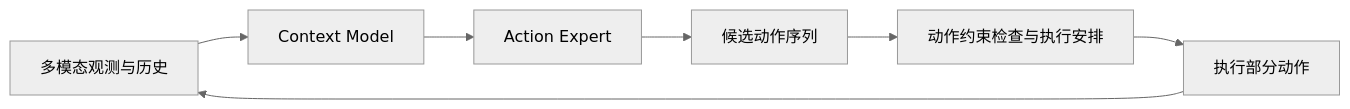
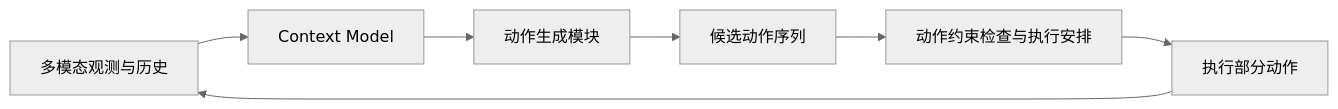
Before and after one commit to qi-robotics/robot-world-model-tutorial: the diagram in docs/intermediate/index.md, drawn with Mermaid (neutral theme). The commit also changed other lines of this file and 92 other files, not shown here.

````diff
--- a/docs/intermediate/index.md
+++ b/docs/intermediate/index.md
@@ -7,9 +7,9 @@
 ```mermaid
 flowchart LR
     O["多模态观测与历史"] --> C["Context Model"]
-    C --> A["Action Expert"]
+    C --> A["动作生成模块"]
     A --> P["候选动作序列"]
     P --> S["动作约束检查与执行安排"]
     S --> E["执行部分动作"]
     E --> O
 ```
````
